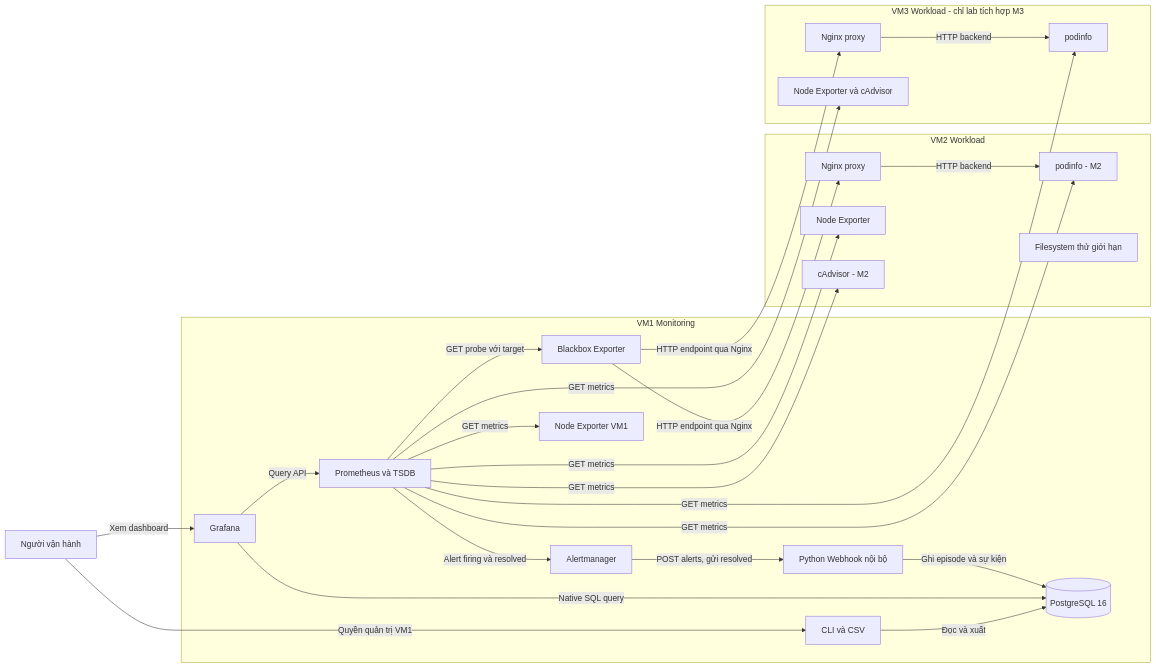
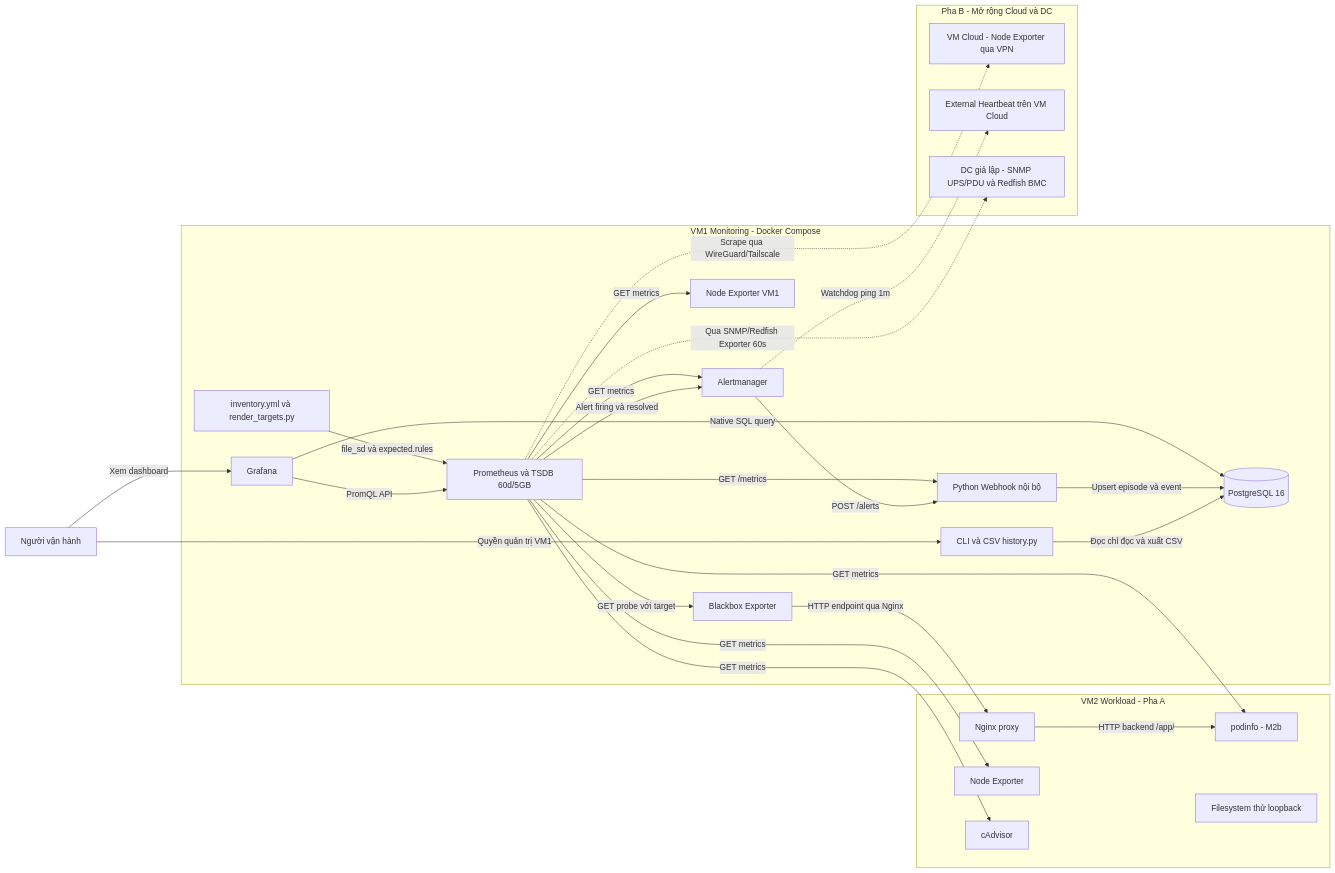
One commit to HuynhHa17/Moni-Prototype changed the diagram in docs/architecture.md. Above: the diagram before and after it, drawn with Mermaid. The commit also changed other lines of this file and 1 other file, not shown here.

Commit message:
docs: align architecture.md and setup.md with M2a PostgreSQL 16 and upgrade steps

````diff
--- a/docs/architecture.md
+++ b/docs/architecture.md
@@ -8,45 +5,48 @@
 ```mermaid
 flowchart LR
   operator[Người vận hành]
-  subgraph vm1[VM1 Monitoring]
-    prometheus[Prometheus và TSDB]
+  subgraph vm1[VM1 Monitoring - Docker Compose]
+    inv[inventory.yml và render_targets.py]
+    prometheus[Prometheus và TSDB 60d/5GB]
     blackbox[Blackbox Exporter]
+    selfnode[Node Exporter VM1]
     grafana[Grafana]
     alertmanager[Alertmanager]
     webhook[Python Webhook nội bộ]
     postgres[(PostgreSQL 16)]
-    history[CLI và CSV]
-    selfnode[Node Exporter VM1]
+    history[CLI và CSV history.py]
   end
-  subgraph vm2[VM2 Workload]
+  subgraph vm2[VM2 Workload - Pha A]
     nginx2[Nginx proxy]
-    app2[podinfo - M2]
+    app2[podinfo - M2b]
     node2[Node Exporter]
-    cadvisor2[cAdvisor - M2]
-    disk2[Filesystem thử giới hạn]
-    nginx2 -->|HTTP backend| app2
+    cadvisor2[cAdvisor]
+    disk2[Filesystem thử loopback]
+    nginx2 -->|HTTP backend /app/| app2
   end
-  subgraph vm3[VM3 Workload - chỉ lab tích hợp M3]
-    nginx3[Nginx proxy]
-    app3[podinfo]
-    exporters3[Node Exporter và cAdvisor]
-    nginx3 -->|HTTP backend| app3
+  subgraph phaseb[Pha B - Mở rộng Cloud và DC]
+    cloud[VM Cloud - Node Exporter qua VPN]
+    hb[External Heartbeat trên VM Cloud]
+    dcsim[DC giả lập - SNMP UPS/PDU và Redfish BMC]
   end
+  inv -->|file_sd và expected.rules| prometheus
   prometheus -->|GET metrics| node2
   prometheus -->|GET metrics| cadvisor2
   prometheus -->|GET metrics| app2
-  prometheus -->|GET metrics| exporters3
-  prometheus -->|GET metrics| app3
   prometheus -->|GET metrics| selfnode
+  prometheus -->|GET metrics| alertmanager
+  prometheus -->|GET /metrics| webhook
   prometheus -->|GET probe với target| blackbox
   blackbox -->|HTTP endpoint qua Nginx| nginx2
-  blackbox -->|HTTP endpoint qua Nginx| nginx3
-  grafana -->|Query API| prometheus
+  prometheus -.->|Scrape qua WireGuard/Tailscale| cloud
+  prometheus -.->|Qua SNMP/Redfish Exporter 60s| dcsim
+  alertmanager -.->|Watchdog ping 1m| hb
+  grafana -->|PromQL API| prometheus
+  grafana -->|Native SQL query| postgres
   operator -->|Xem dashboard| grafana
   prometheus -->|Alert firing và resolved| alertmanager
-  alertmanager -->|POST alerts, gửi resolved| webhook
-  webhook -->|Ghi episode và sự kiện| postgres
-  grafana -->|Native SQL query| postgres
-  history -->|Đọc và xuất| postgres
+  alertmanager -->|POST /alerts| webhook
+  webhook -->|Upsert episode và event| postgres
+  history -->|Đọc chỉ đọc và xuất CSV| postgres
   operator -->|Quyền quản trị VM1| history
 ```
````
